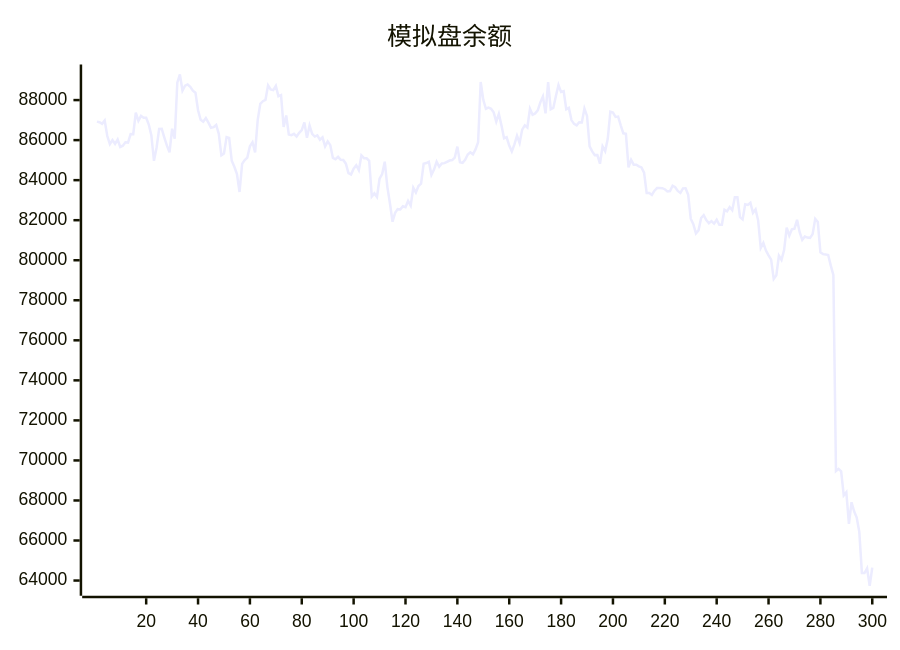
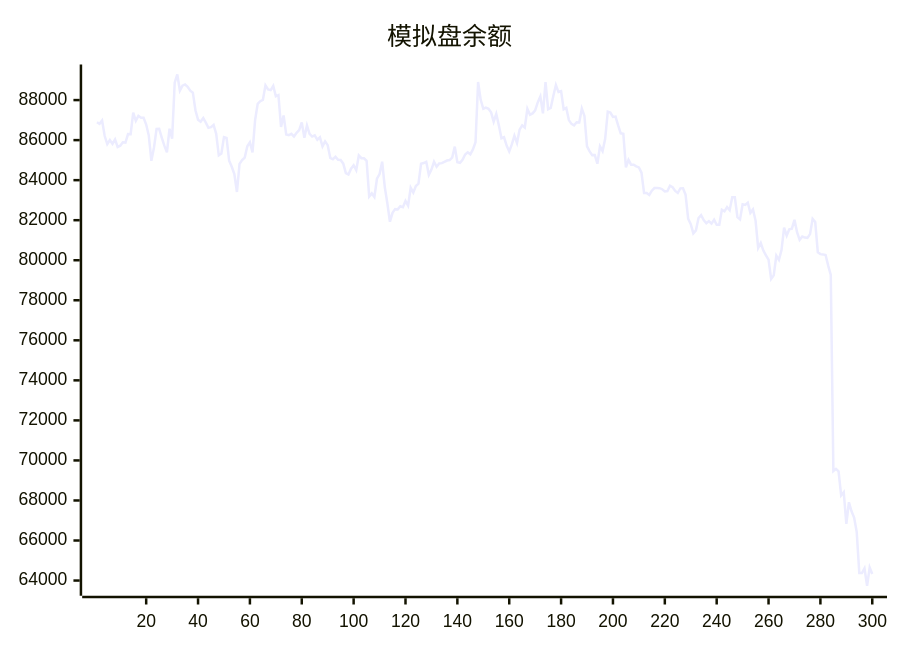
One commit to aahl/ai-trading changed the diagram in README.md. Above: the diagram before and after it, drawn with Mermaid. The commit also changed other lines of this file and 1 other file, not shown here.

````diff
--- a/README.md
+++ b/README.md
@@ -5,5 +5,5 @@
 ```mermaid
 xychart
     title "模拟盘余额"
-    line [86925,86892,86814,86980,86203,85802,86003,85811,86028,85657,85721,85896,85880,86300,86299,87378,86965,87214,87115,87118,86780,86238,84966,85623,86555,86562,86129,85722,85387,86569,86070,88870,89278,88477,88720,88781,88668,88467,88372,87493,87018,86917,87102,86870,86613,86644,86758,86317,85242,85334,86149,86106,84968,84671,84302,83410,84816,85001,85127,85693,85891,85384,87001,87811,87945,88007,88734,88528,88495,88705,88189,88248,86662,87234,86279,86251,86314,86177,86364,86503,86886,86114,86731,86310,86176,86240,86017,86136,85685,85938,85749,85111,85044,85164,85016,85008,84824,84354,84287,84572,84745,84500,85234,85096,85095,84970,83180,83338,83157,84070,84309,84922,83667,82850,81924,82369,82552,82539,82695,82648,82962,82728,83619,83378,83710,83825,84819,84854,84917,84265,84527,84919,84668,84834,84850,84916,84981,85004,85131,85674,84891,84864,85019,85284,85393,85294,85538,85894,88904,88012,87567,87625,87568,87386,86920,87313,86737,86094,86143,85725,85437,85787,86219,85859,86526,86740,86630,87563,87264,87335,87483,87886,88180,87335,88894,87544,87608,88207,88755,88401,88444,87543,87608,87000,86810,86740,86894,86884,87576,87209,85686,85435,85251,85255,84820,85689,85453,86066,87420,87373,87161,87178,86740,86341,86315,84643,85012,84772,84768,84690,84635,84376,83360,83357,83259,83474,83608,83606,83602,83548,83440,83454,83724,83644,83464,83365,83590,83592,83275,82072,81806,81344,81492,82109,82254,82006,81848,81955,81829,82022,81769,81776,82522,82441,82656,82498,83144,83144,82150,82038,82797,82763,82872,82367,82536,81981,80612,80862,80484,80242,80034,79063,79245,80226,80016,80507,81625,81233,81544,81578,82016,81401,81019,81186,81130,81118,81306,82066,81909,80392,80304,80291,80258,79729,79261,69466,69579,69456,68251,68415,66832,67911,67462,67144,66432,64380,64375,64606,63740,64647]
+    line [86892,86814,86980,86203,85802,86003,85811,86028,85657,85721,85896,85880,86300,86299,87378,86965,87214,87115,87118,86780,86238,84966,85623,86555,86562,86129,85722,85387,86569,86070,88870,89278,88477,88720,88781,88668,88467,88372,87493,87018,86917,87102,86870,86613,86644,86758,86317,85242,85334,86149,86106,84968,84671,84302,83410,84816,85001,85127,85693,85891,85384,87001,87811,87945,88007,88734,88528,88495,88705,88189,88248,86662,87234,86279,86251,86314,86177,86364,86503,86886,86114,86731,86310,86176,86240,86017,86136,85685,85938,85749,85111,85044,85164,85016,85008,84824,84354,84287,84572,84745,84500,85234,85096,85095,84970,83180,83338,83157,84070,84309,84922,83667,82850,81924,82369,82552,82539,82695,82648,82962,82728,83619,83378,83710,83825,84819,84854,84917,84265,84527,84919,84668,84834,84850,84916,84981,85004,85131,85674,84891,84864,85019,85284,85393,85294,85538,85894,88904,88012,87567,87625,87568,87386,86920,87313,86737,86094,86143,85725,85437,85787,86219,85859,86526,86740,86630,87563,87264,87335,87483,87886,88180,87335,88894,87544,87608,88207,88755,88401,88444,87543,87608,87000,86810,86740,86894,86884,87576,87209,85686,85435,85251,85255,84820,85689,85453,86066,87420,87373,87161,87178,86740,86341,86315,84643,85012,84772,84768,84690,84635,84376,83360,83357,83259,83474,83608,83606,83602,83548,83440,83454,83724,83644,83464,83365,83590,83592,83275,82072,81806,81344,81492,82109,82254,82006,81848,81955,81829,82022,81769,81776,82522,82441,82656,82498,83144,83144,82150,82038,82797,82763,82872,82367,82536,81981,80612,80862,80484,80242,80034,79063,79245,80226,80016,80507,81625,81233,81544,81578,82016,81401,81019,81186,81130,81118,81306,82066,81909,80392,80304,80291,80258,79729,79261,69466,69579,69456,68251,68415,66832,67911,67462,67144,66432,64380,64375,64606,63740,64647,64324]
 ```
````
